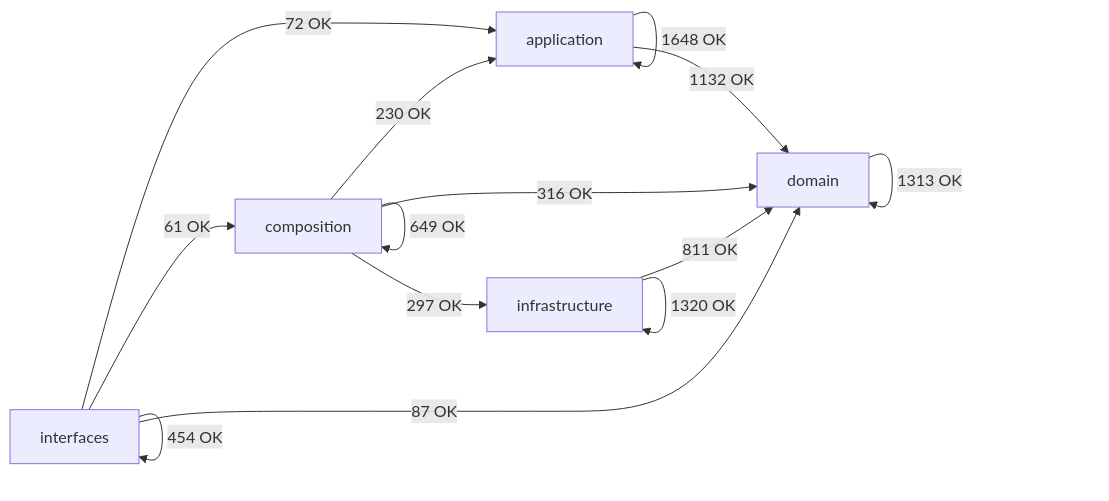
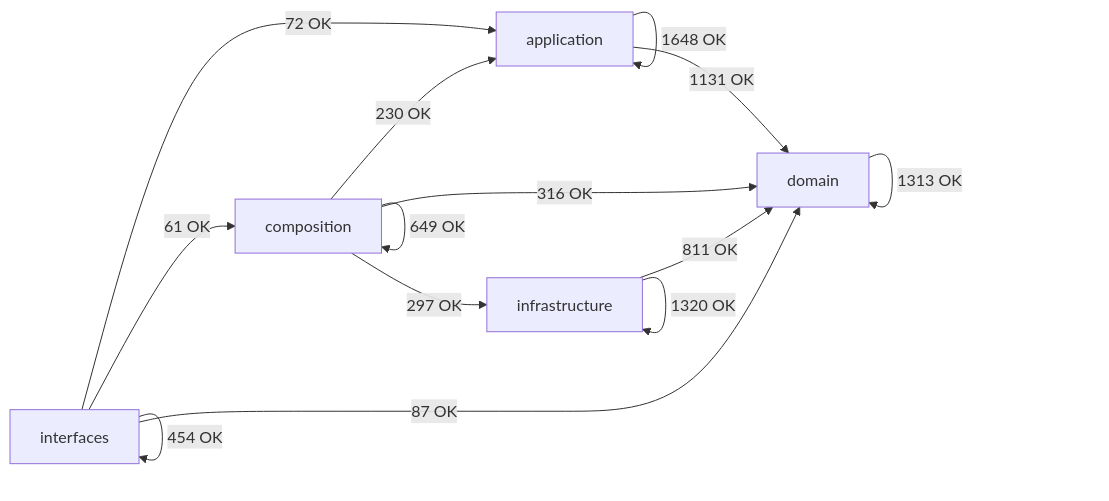
The diagram in docs/02-architecture/generated/module-dependency-map.md (SatoryKono/BioactivityDataAcquisition), drawn with Mermaid before and after one commit. The commit also changed other lines of this file and 109 other files, not shown here.

````diff
--- a/docs/02-architecture/generated/module-dependency-map.md
+++ b/docs/02-architecture/generated/module-dependency-map.md
@@ -17,21 +17,21 @@
 ```mermaid
 flowchart LR
     domain[domain]
     application[application]
     infrastructure[infrastructure]
     composition[composition]
     interfaces[interfaces]
     application -->|1648 OK| application
-    application -->|1132 OK| domain
+    application -->|1131 OK| domain
     composition -->|230 OK| application
     composition -->|649 OK| composition
     composition -->|316 OK| domain
     composition -->|297 OK| infrastructure
     domain -->|1313 OK| domain
     infrastructure -->|811 OK| domain
     infrastructure -->|1320 OK| infrastructure
     interfaces -->|72 OK| application
     interfaces -->|61 OK| composition
     interfaces -->|87 OK| domain
     interfaces -->|454 OK| interfaces
 ```
````
